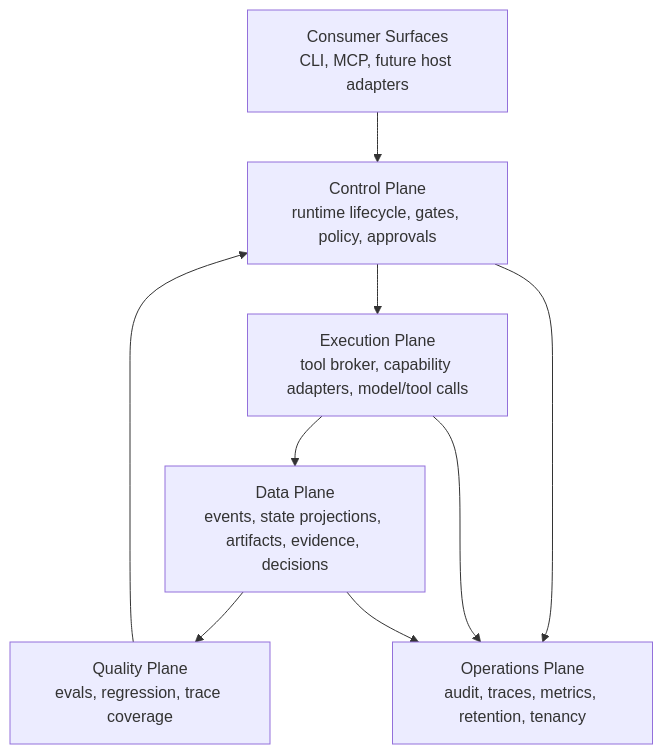
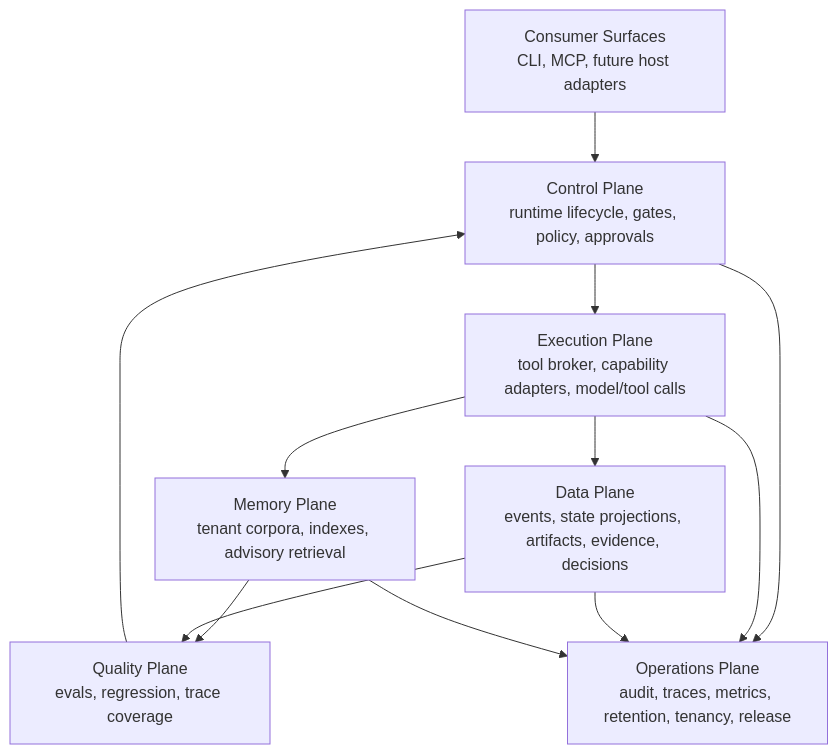
Before and after one commit to NikolaCehic/Specwright: the first of 3 diagrams in README.md, drawn with Mermaid. The commit also changed other lines of this file, not shown here.

````diff
--- a/README.md
+++ b/README.md
@@ -50,18 +55,22 @@
 ```mermaid
 flowchart TD
   Consumer["Consumer Surfaces<br/>CLI, MCP, future host adapters"]
   Control["Control Plane<br/>runtime lifecycle, gates, policy, approvals"]
   Execution["Execution Plane<br/>tool broker, capability adapters, model/tool calls"]
   Data["Data Plane<br/>events, state projections, artifacts, evidence, decisions"]
   Quality["Quality Plane<br/>evals, regression, trace coverage"]
-  Operations["Operations Plane<br/>audit, traces, metrics, retention, tenancy"]
+  Memory["Memory Plane<br/>tenant corpora, indexes, advisory retrieval"]
+  Operations["Operations Plane<br/>audit, traces, metrics, retention, tenancy, release"]
 
   Consumer --> Control
   Control --> Execution
   Execution --> Data
+  Execution --> Memory
+  Memory --> Quality
   Data --> Quality
   Quality --> Control
   Control --> Operations
   Execution --> Operations
   Data --> Operations
+  Memory --> Operations
 ```
````
